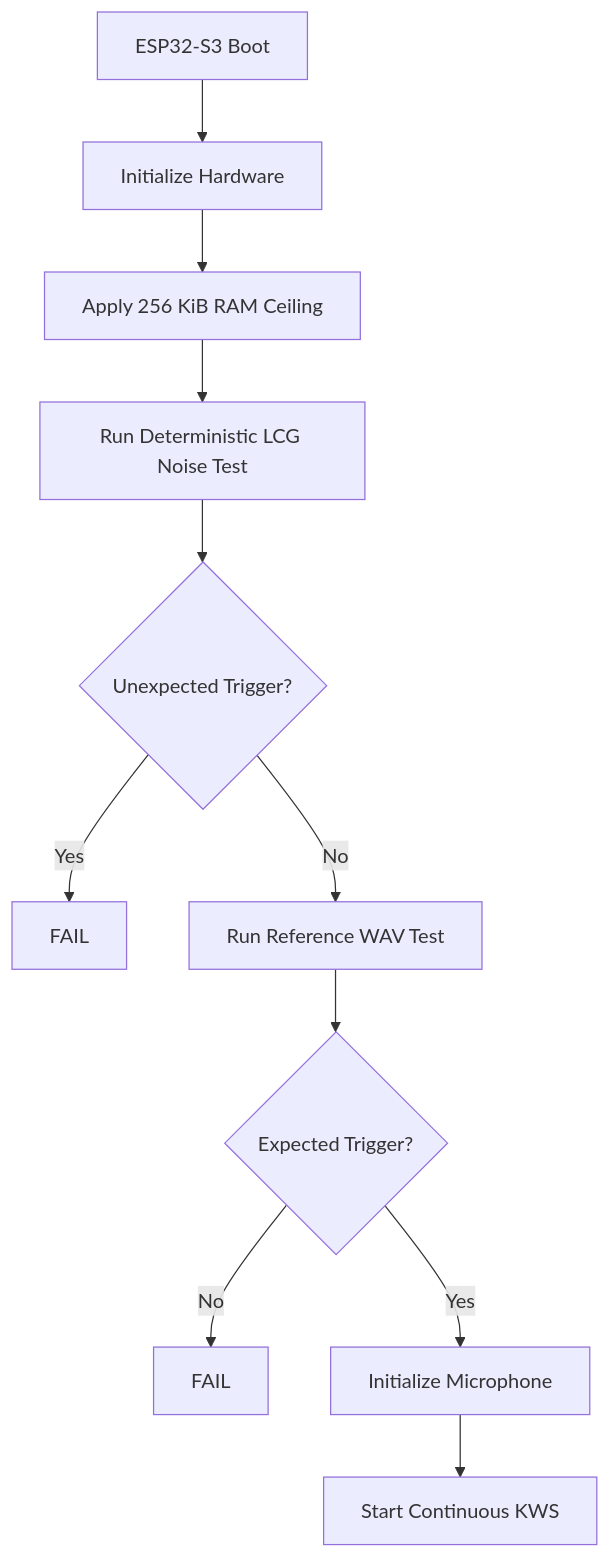
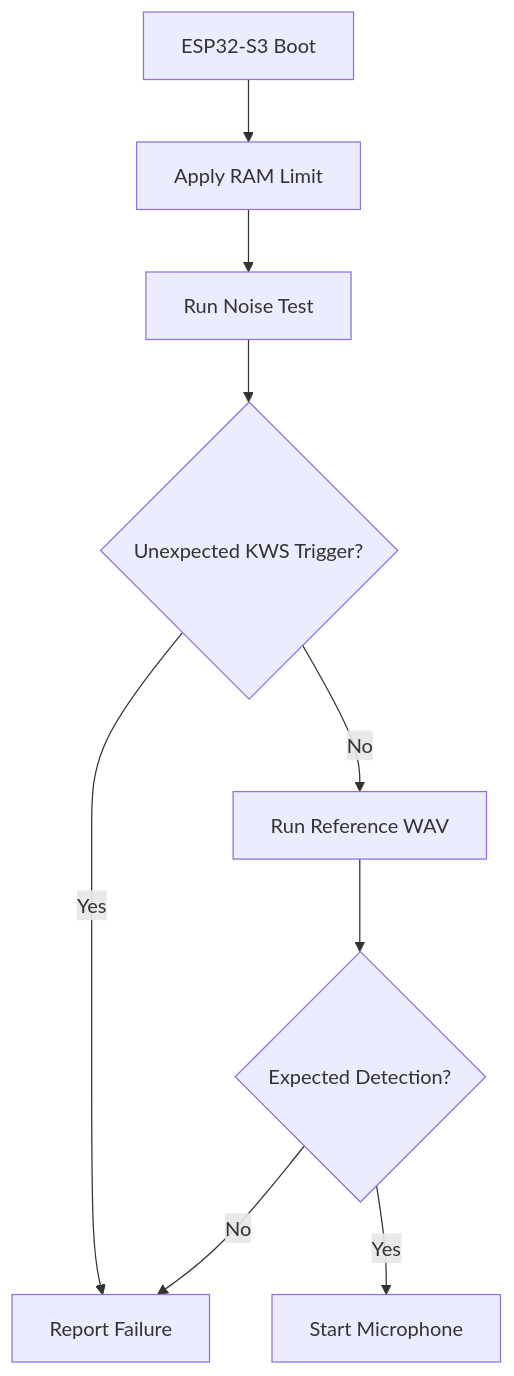
One commit to Raj24-dev/Kws changed the seventh of 8 diagrams in README.md. Above: the diagram before and after it, drawn with Mermaid. The commit also changed other lines of this file, not shown here.

````diff
--- a/README.md
+++ b/README.md
@@ -1135,28 +544,19 @@
 ```mermaid
 flowchart TD
 
     A["ESP32-S3 Boot"]
-    B["Initialize Hardware"]
-    C["Apply 256 KiB RAM Ceiling"]
-    D["Run Deterministic LCG Noise Test"]
-    E{"Unexpected Trigger?"}
-    F["FAIL"]
-    G["Run Reference WAV Test"]
-    H{"Expected Trigger?"}
-    I["FAIL"]
-    J["Initialize Microphone"]
-    K["Start Continuous KWS"]
+    B["Apply RAM Limit"]
+    C["Run Noise Test"]
+    D{"Unexpected KWS Trigger?"}
+    E["Run Reference WAV"]
+    F{"Expected Detection?"}
+    G["Start Microphone"]
+    H["Report Failure"]
 
-    A --> B
-    B --> C
-    C --> D
-    D --> E
-
-    E -->|Yes| F
-    E -->|No| G
-
-    G --> H
-    H -->|No| I
-    H -->|Yes| J
-    J --> K
+    A --> B --> C --> D
+    D -->|Yes| H
+    D -->|No| E
+    E --> F
+    F -->|Yes| G
+    F -->|No| H
 ```
````
